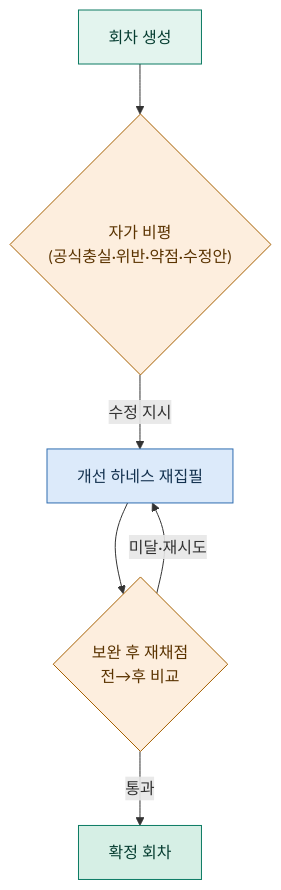
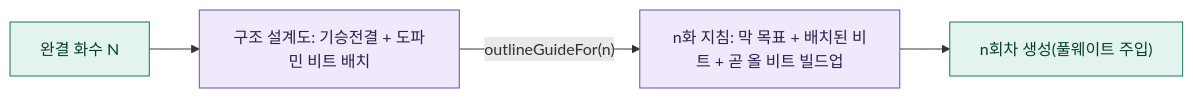
Before and after one commit to swparklab/webnovel-ip-agent: the fifth of 5 diagrams in paper.md, drawn with Mermaid. The commit also changed other lines of this file, not shown here.

````diff
--- a/paper.md
+++ b/paper.md
@@ -260,16 +156,9 @@
 ```mermaid
-flowchart TB
-    GEN["회차 생성"] --> CR{"자가 비평<br/>(공식충실·위반·약점·수정안)"}
-    CR -->|"수정 지시"| RV["개선 하네스 재집필"]
-    RV --> CR2{"보완 후 재채점<br/>전→후 비교"}
-    CR2 -->|"미달·재시도"| RV
-    CR2 -->|"통과"| OUT["확정 회차"]
-    classDef g fill:#e3f4ee,stroke:#0c7b63,color:#063d31
-    classDef j fill:#fdeede,stroke:#a55f00,color:#5a3300
-    classDef f fill:#dceafa,stroke:#2f6db0,color:#13314f
-    classDef d fill:#d6efe5,stroke:#0c7b63,color:#063d31
-    class GEN g
-    class CR,CR2 j
-    class RV f
-    class OUT d
+flowchart LR
+    N["완결 화수 N"] --> O["구조 설계도: 기승전결 + 도파민 비트 배치"]
+    O -->|"outlineGuideFor(n)"| G["n화 지침: 막 목표 + 배치된 비트 + 곧 올 비트 빌드업"]
+    G --> GEN["n회차 생성(풀웨이트 주입)"]
+    classDef p fill:#efe9fb,stroke:#6b4ea5,color:#2e1f4d
+    classDef a fill:#e3f4ee,stroke:#0c7b63,color:#063d31
+    class O,G p; class N,GEN a
 ```
````
